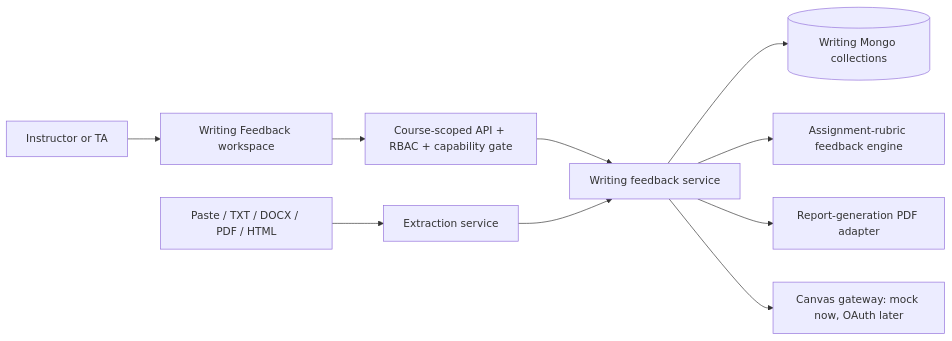
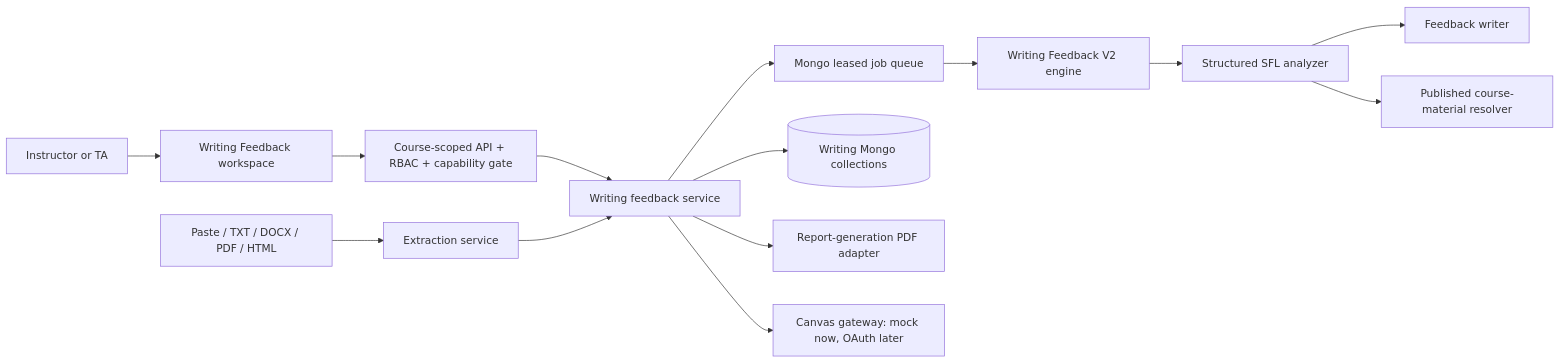
One commit to ubc/tlef-engeai changed the diagram in documents/WRITING_FEEDBACK_ARCHITECTURE.md. Above: the diagram before and after it, drawn with Mermaid. The commit also changed other lines of this file and 31 other files, not shown here.

First line of the commit message:
feat(writing-feedback): SFL-founded linguistic feedback V2

````diff
--- a/documents/WRITING_FEEDBACK_ARCHITECTURE.md
+++ b/documents/WRITING_FEEDBACK_ARCHITECTURE.md
@@ -28,12 +28,16 @@
 ```mermaid
 flowchart LR
   Staff[Instructor or TA] --> UI[Writing Feedback workspace]
   UI --> API[Course-scoped API + RBAC + capability gate]
   API --> Service[Writing feedback service]
+  Service --> Queue[Mongo leased job queue]
   Service --> Mongo[(Writing Mongo collections)]
-  Service --> Engine[Assignment-rubric feedback engine]
+  Queue --> Engine[Writing Feedback V2 engine]
+  Engine --> Analyzer[Structured SFL analyzer]
+  Analyzer --> Writer[Feedback writer]
+  Analyzer --> CourseRAG[Published course-material resolver]
   Service --> PDF[Report-generation PDF adapter]
   Service --> Canvas[Canvas gateway: mock now, OAuth later]
   Intake[Paste / TXT / DOCX / PDF / HTML] --> Extract[Extraction service]
   Extract --> Service
 ```
````
